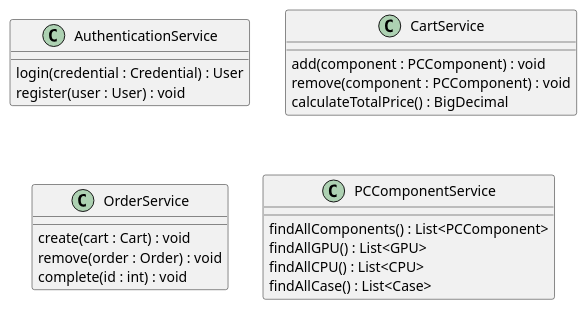
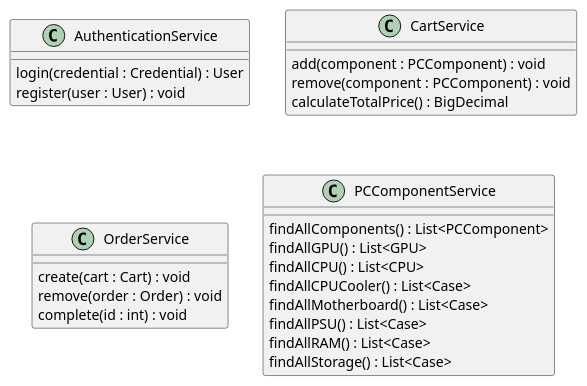
Before and after one commit to KozariAndras/elte-fsz-23-24-osz-pc-builder: the diagram in uml/PCBuilderService.plantuml, drawn with PlantUML. The commit also changed 10 other files, not shown here.

```diff
--- a/uml/PCBuilderService.plantuml
+++ b/uml/PCBuilderService.plantuml
@@ -1,26 +1,31 @@
 @startuml
 class AuthenticationService{
 login(credential : Credential) : User
 register(user : User) : void
 }
 
 class CartService{
 add(component : PCComponent) : void
 remove(component : PCComponent) : void
 calculateTotalPrice() : BigDecimal
 }
 
 class OrderService{
 create(cart : Cart) : void
 remove(order : Order) : void
 complete(id : int) : void
 }
 
 class PCComponentService{
 findAllComponents() : List<PCComponent>
 findAllGPU() : List<GPU>
 findAllCPU() : List<CPU>
-findAllCase() : List<Case>
+findAllCPUCooler() : List<Case>
+findAllMotherboard() : List<Case>
+findAllPSU() : List<Case>
+findAllRAM() : List<Case>
+findAllStorage() : List<Case>
+
 }
 
 @enduml
```
